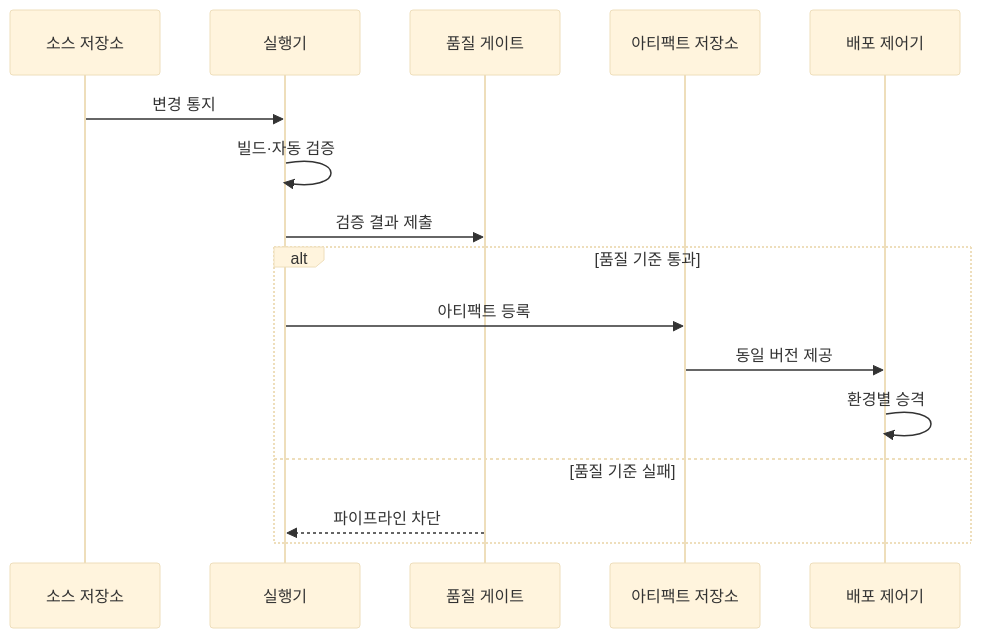
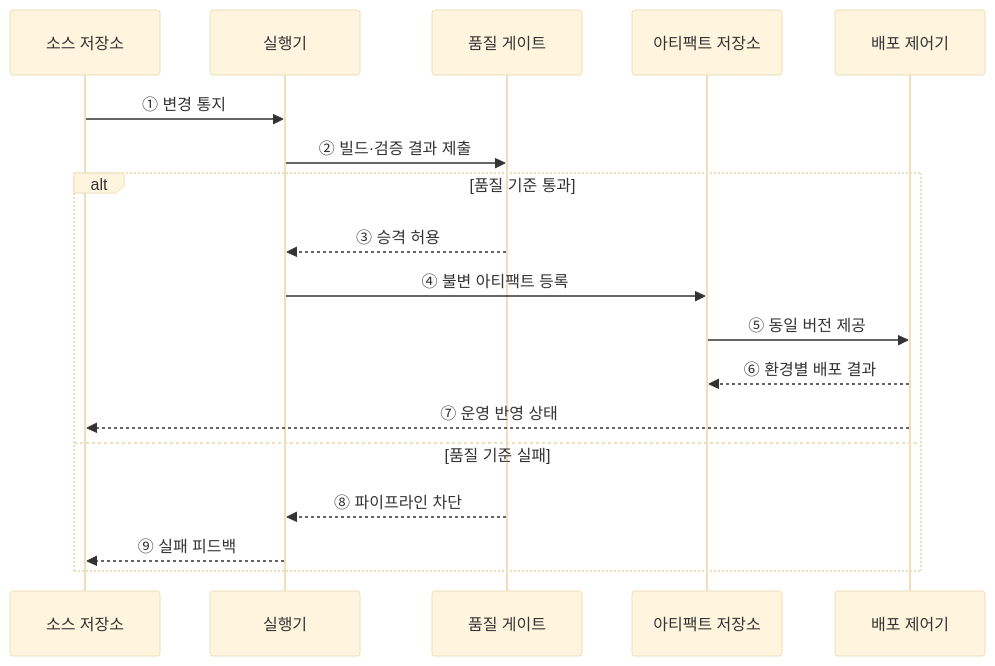
Before and after one commit to agnusdei1207/knowledge-base: the second of 2 diagrams in src/content/docs/notes/03-software/053_ci_cd_pipeline.md, drawn with Mermaid (base theme). The commit also changed other lines of this file and 20 other files, not shown here.

````diff
--- a/src/content/docs/notes/03-software/053_ci_cd_pipeline.md
+++ b/src/content/docs/notes/03-software/053_ci_cd_pipeline.md
@@ -81,18 +71,20 @@
 ```mermaid
 sequenceDiagram
     participant S as 소스 저장소
     participant R as 실행기
     participant Q as 품질 게이트
     participant A as 아티팩트 저장소
     participant D as 배포 제어기
-    S->>R: 변경 통지
-    R->>R: 빌드·자동 검증
-    R->>Q: 검증 결과 제출
+    S->>R: ① 변경 통지
+    R->>Q: ② 빌드·검증 결과 제출
     alt 품질 기준 통과
-        R->>A: 아티팩트 등록
-        A->>D: 동일 버전 제공
-        D->>D: 환경별 승격
+        Q-->>R: ③ 승격 허용
+        R->>A: ④ 불변 아티팩트 등록
+        A->>D: ⑤ 동일 버전 제공
+        D-->>A: ⑥ 환경별 배포 결과
+        D-->>S: ⑦ 운영 반영 상태
     else 품질 기준 실패
-        Q-->>R: 파이프라인 차단
+        Q-->>R: ⑧ 파이프라인 차단
+        R-->>S: ⑨ 실패 피드백
     end
 ```
````
